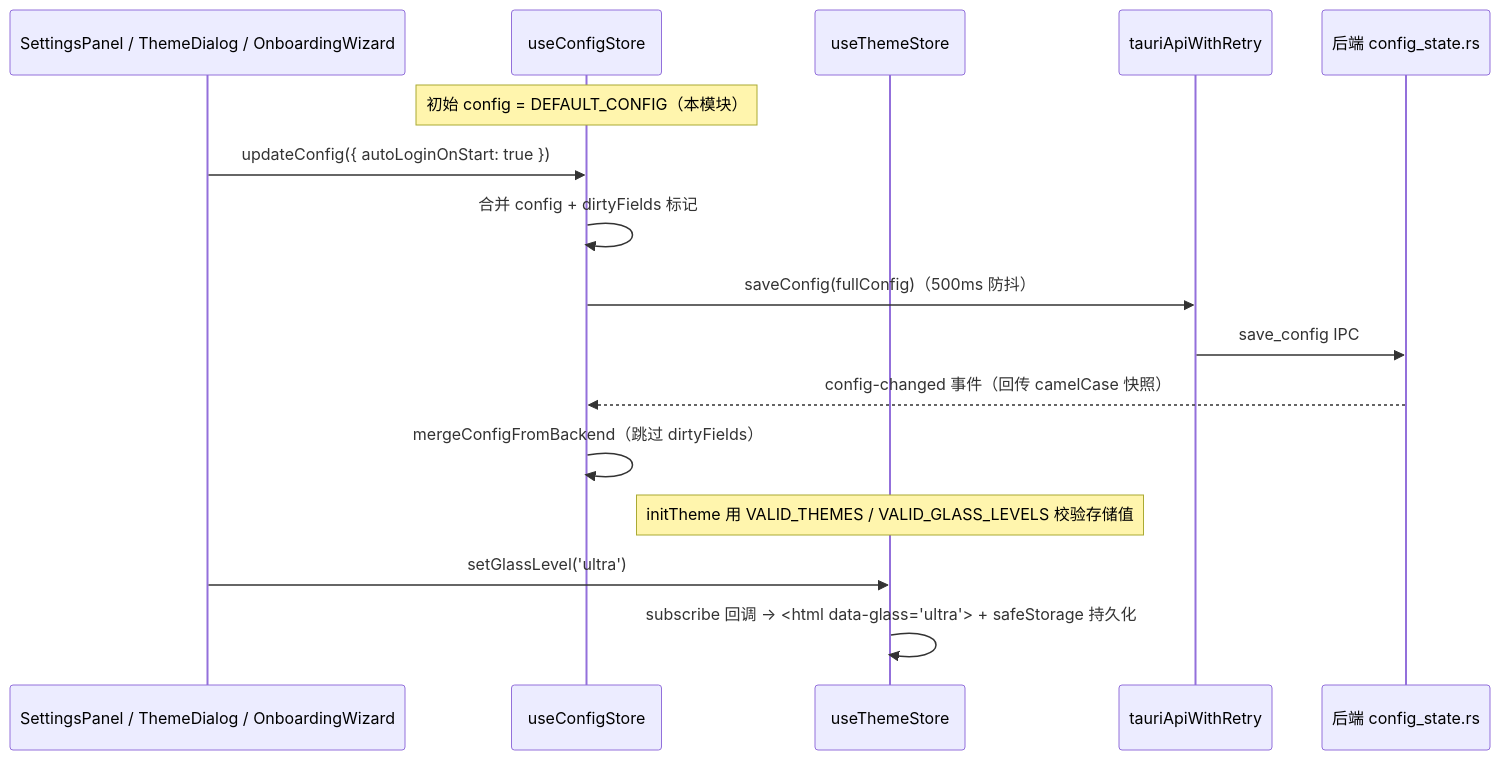
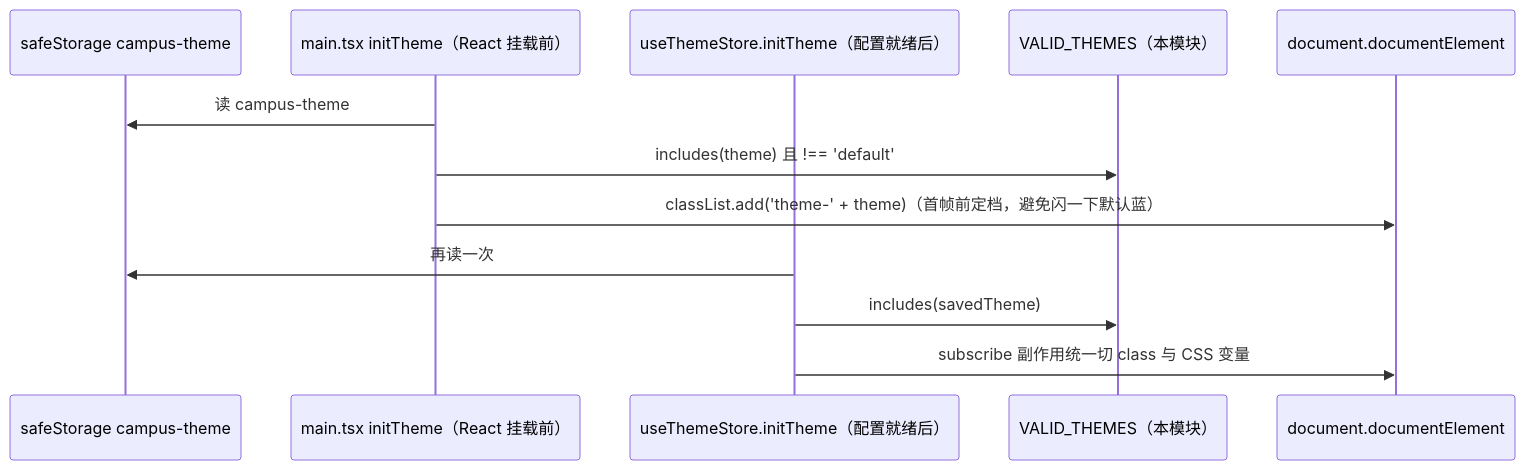
One commit to ikliml666/Wxxy-CampusLogin changed the fifth of 6 diagrams in .codewiki/modules/android-frontend-settings-constants.md. Above: the diagram before and after it, drawn with Mermaid. The commit also changed other lines of this file and 21 other files, not shown here.

````diff
--- a/.codewiki/modules/android-frontend-settings-constants.md
+++ b/.codewiki/modules/android-frontend-settings-constants.md
@@ -193,20 +296,15 @@
 ```mermaid
 sequenceDiagram
-    participant UI as SettingsPanel / ThemeDialog / OnboardingWizard
-    participant CS as useConfigStore
-    participant TS as useThemeStore
-    participant API as tauriApiWithRetry
-    participant BE as 后端 config_state.rs
+    participant LS as safeStorage campus-theme
+    participant M as main.tsx initTheme（React 挂载前）
+    participant ST as useThemeStore.initTheme（配置就绪后）
+    participant V as VALID_THEMES（本模块）
+    participant DOM as document.documentElement
 
-    Note over CS: 初始 config = DEFAULT_CONFIG（本模块）
-    UI->>CS: updateConfig({ autoLoginOnStart: true })
-    CS->>CS: 合并 config + dirtyFields 标记
-    CS->>API: saveConfig(fullConfig)（500ms 防抖）
-    API->>BE: save_config IPC
-    BE-->>CS: config-changed 事件（回传 camelCase 快照）
-    CS->>CS: mergeConfigFromBackend（跳过 dirtyFields）
-
-    Note over TS: initTheme 用 VALID_THEMES / VALID_GLASS_LEVELS 校验存储值
-    UI->>TS: setGlassLevel('ultra')
-    TS->>TS: subscribe 回调 → <html data-glass="ultra"> + safeStorage 持久化
+    M->>LS: 读 campus-theme
+    M->>V: includes(theme) 且 !== 'default'
+    M->>DOM: classList.add('theme-' + theme)（首帧前定档，避免闪一下默认蓝）
+    ST->>LS: 再读一次
+    ST->>V: includes(savedTheme)
+    ST->>DOM: subscribe 副作用统一切 class 与 CSS 变量
 ```
````
